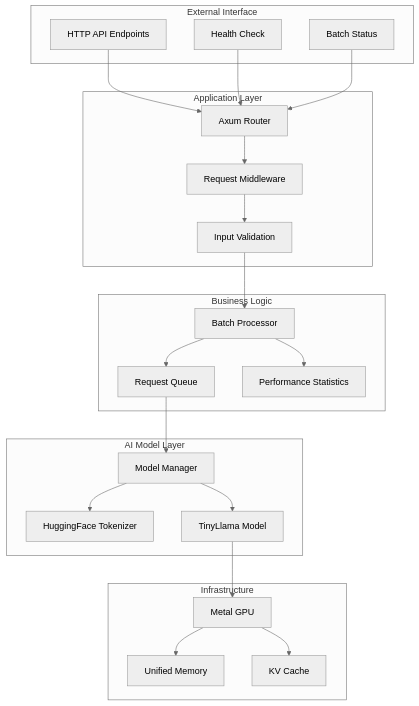
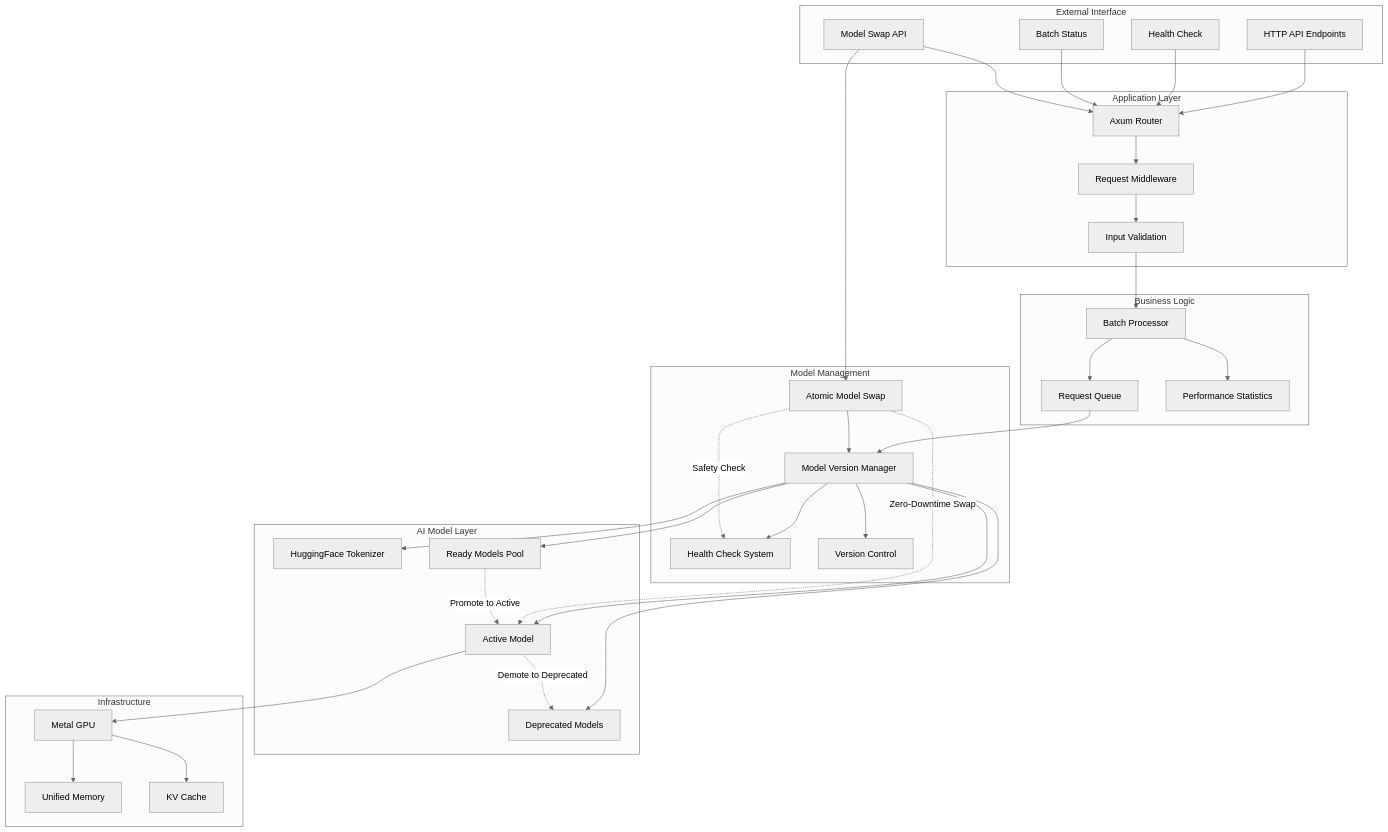
Before and after one commit to abhinawtech/ai-interence-server: the fourth of 8 diagrams in SYSTEM_FLOW_DIAGRAM.md, drawn with Mermaid (neutral theme). The commit also changed other lines of this file and 11 other files, not shown here.

````diff
--- a/SYSTEM_FLOW_DIAGRAM.md
+++ b/SYSTEM_FLOW_DIAGRAM.md
@@ -209,6 +209,7 @@
         HTTP[HTTP API Endpoints]
         Health[Health Check]
         Batch[Batch Status]
+        SwapAPI[Model Swap API]
     end
     
     %% Application Layer
@@ -225,11 +226,20 @@
         Stats[Performance Statistics]
     end
     
+    %% Model Management Layer
+    subgraph "Model Management"
+        ModelMgr[Model Version Manager]
+        AtomicSwap[Atomic Model Swap]
+        HealthCheck[Health Check System]
+        VersionControl[Version Control]
+    end
+    
     %% Model Layer
     subgraph "AI Model Layer"
-        ModelMgr[Model Manager]
         Tokenizer[HuggingFace Tokenizer]
-        LlamaModel[TinyLlama Model]
+        ActiveModel[Active Model]
+        ReadyModels[Ready Models Pool]
+        DeprecatedModels[Deprecated Models]
     end
     
     %% Infrastructure Layer
@@ -243,6 +253,7 @@
     HTTP --> Router
     Health --> Router
     Batch --> Router
+    SwapAPI --> Router
     
     Router --> Middleware
     Middleware --> Validation
@@ -252,10 +263,25 @@
     BatchProc --> Stats
     Queue --> ModelMgr
     
+    %% Model Management Flow
+    SwapAPI --> AtomicSwap
+    AtomicSwap --> ModelMgr
+    ModelMgr --> HealthCheck
+    ModelMgr --> VersionControl
+    
+    %% Model Layer Connections
     ModelMgr --> Tokenizer
-    ModelMgr --> LlamaModel
-    LlamaModel --> Metal
+    ModelMgr --> ActiveModel
+    ModelMgr --> ReadyModels
+    ModelMgr --> DeprecatedModels
     
+    %% Hot Swapping Flow
+    AtomicSwap -.->|Safety Check| HealthCheck
+    AtomicSwap -.->|Zero-Downtime Swap| ActiveModel
+    ReadyModels -.->|Promote to Active| ActiveModel
+    ActiveModel -.->|Demote to Deprecated| DeprecatedModels
+    
+    ActiveModel --> Metal
     Metal --> Memory
     Metal --> Cache
 ```
````
